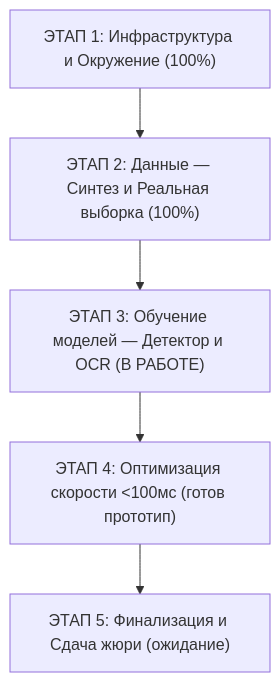
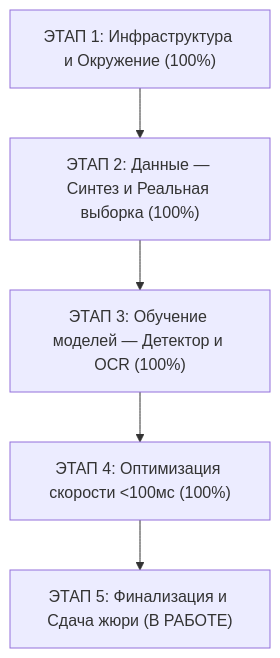
The diagram in MASTER_PLAN.md (Vamsilver/OmniPlate-RU), drawn with Mermaid before and after one commit. The commit also changed other lines of this file, not shown here.

Commit message:
docs: finalize Stage 3 with 99.80% OCR and 99.5% YOLO-pose metrics

````diff
--- a/MASTER_PLAN.md
+++ b/MASTER_PLAN.md
@@ -9,7 +9,7 @@
 ```mermaid
 flowchart TD
     S1["ЭТАП 1: Инфраструктура и Окружение (100%)"] --> S2["ЭТАП 2: Данные — Синтез и Реальная выборка (100%)"]
-    S2 --> S3["ЭТАП 3: Обучение моделей — Детектор и OCR (В РАБОТЕ)"]
-    S3 --> S4["ЭТАП 4: Оптимизация скорости <100мс (готов прототип)"]
-    S4 --> S5["ЭТАП 5: Финализация и Сдача жюри (ожидание)"]
+    S2 --> S3["ЭТАП 3: Обучение моделей — Детектор и OCR (100%)"]
+    S3 --> S4["ЭТАП 4: Оптимизация скорости <100мс (100%)"]
+    S4 --> S5["ЭТАП 5: Финализация и Сдача жюри (В РАБОТЕ)"]
 ```
````
